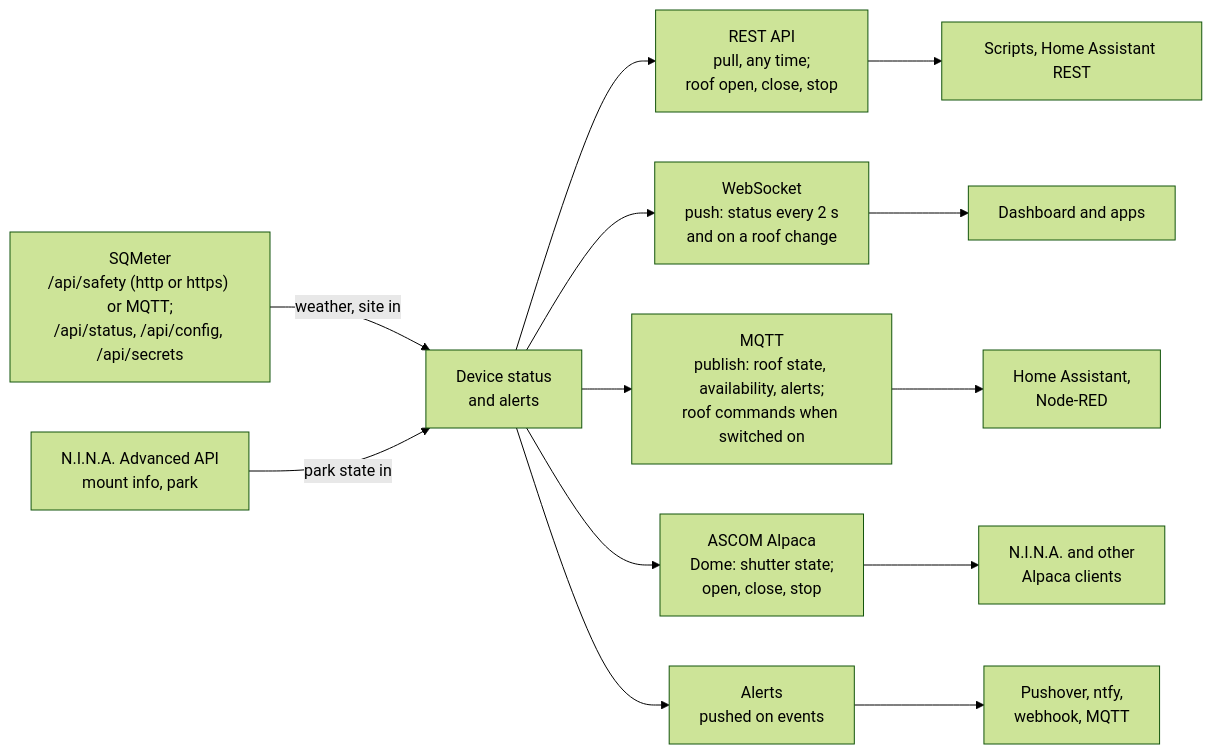
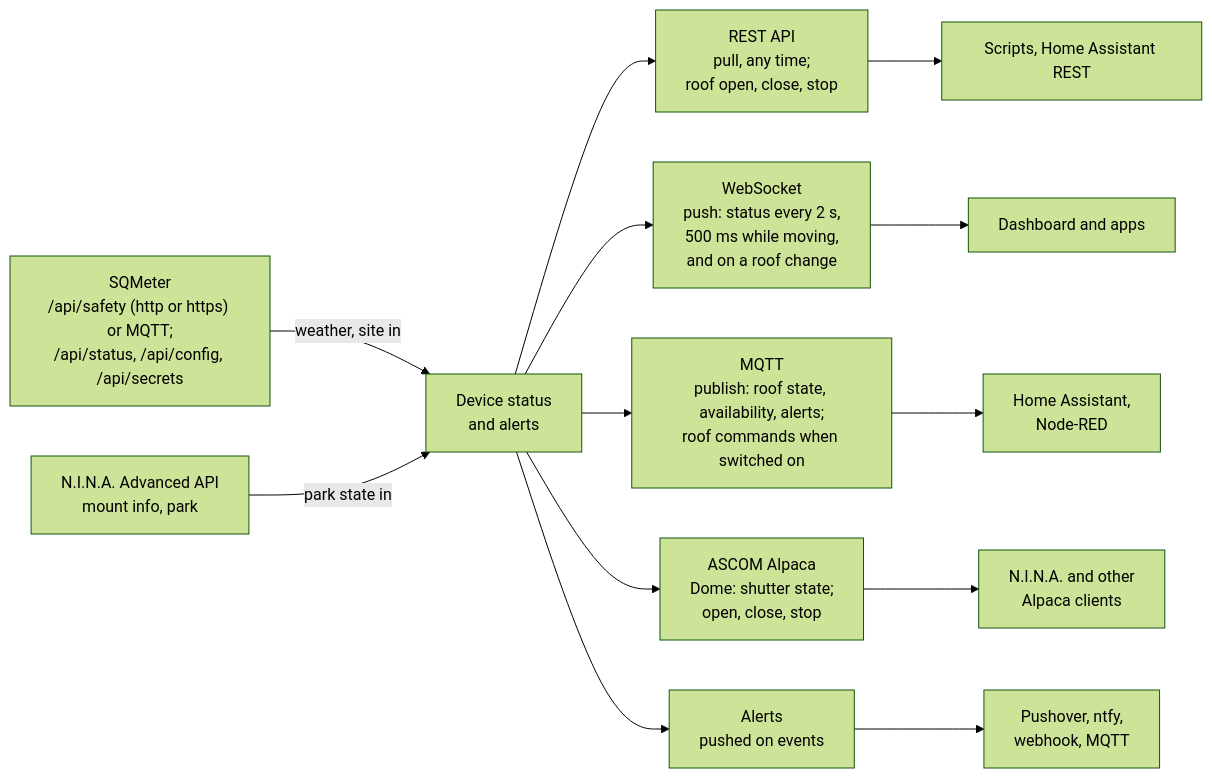
The diagram in docs/api/integrations.md (DeanJ87/RoofRoof), drawn with Mermaid (forest theme) before and after one commit. The commit also changed other lines of this file and 9 other files, not shown here.

````diff
--- a/docs/api/integrations.md
+++ b/docs/api/integrations.md
@@ -18,18 +18,18 @@
 ```mermaid
 flowchart LR
     accTitle: Integration paths
     accDescr: The device status feeds four paths. REST is pulled by scripts and can command the roof; WebSocket pushes the status live to the dashboard and apps; MQTT publishes the roof's state, availability and alerts to a broker for Home Assistant and, when switched on, takes its open, close and stop commands; Alpaca serves the roof as a Dome that N.I.N.A. and other clients can open, close and stop; alerts are pushed to phones and services. Inbound, the device reads SQMeter's weather verdict, its location, its shared settings and, when SQMeter shares them, its secrets (copied or kept in step), and N.I.N.A.'s mount state.
     DATA["Device status<br/>and alerts"]
     DATA --> REST["REST API<br/>pull, any time;<br/>roof open, close, stop"]
-    DATA --> WS["WebSocket<br/>push: status every 2 s<br/>and on a roof change"]
+    DATA --> WS["WebSocket<br/>push: status every 2 s,<br/>500 ms while moving,<br/>and on a roof change"]
     DATA --> MQTT["MQTT<br/>publish: roof state, availability, alerts;<br/>roof commands when switched on"]
     DATA --> ALPACA["ASCOM Alpaca<br/>Dome: shutter state;<br/>open, close, stop"]
     DATA --> ALERTS["Alerts<br/>pushed on events"]
     REST --> SCRIPTS["Scripts, Home Assistant REST"]
     WS --> UI["Dashboard and apps"]
     MQTT --> HA["Home Assistant,<br/>Node-RED"]
     ALPACA --> NINA["N.I.N.A. and other<br/>Alpaca clients"]
     ALERTS --> PHONES["Pushover, ntfy,<br/>webhook, MQTT"]
     SQM["SQMeter<br/>/api/safety (http or https) or MQTT;<br/>/api/status, /api/config, /api/secrets"] -->|weather, site in| DATA
     NAPI["N.I.N.A. Advanced API<br/>mount info, park"] -->|park state in| DATA
 ```
````
